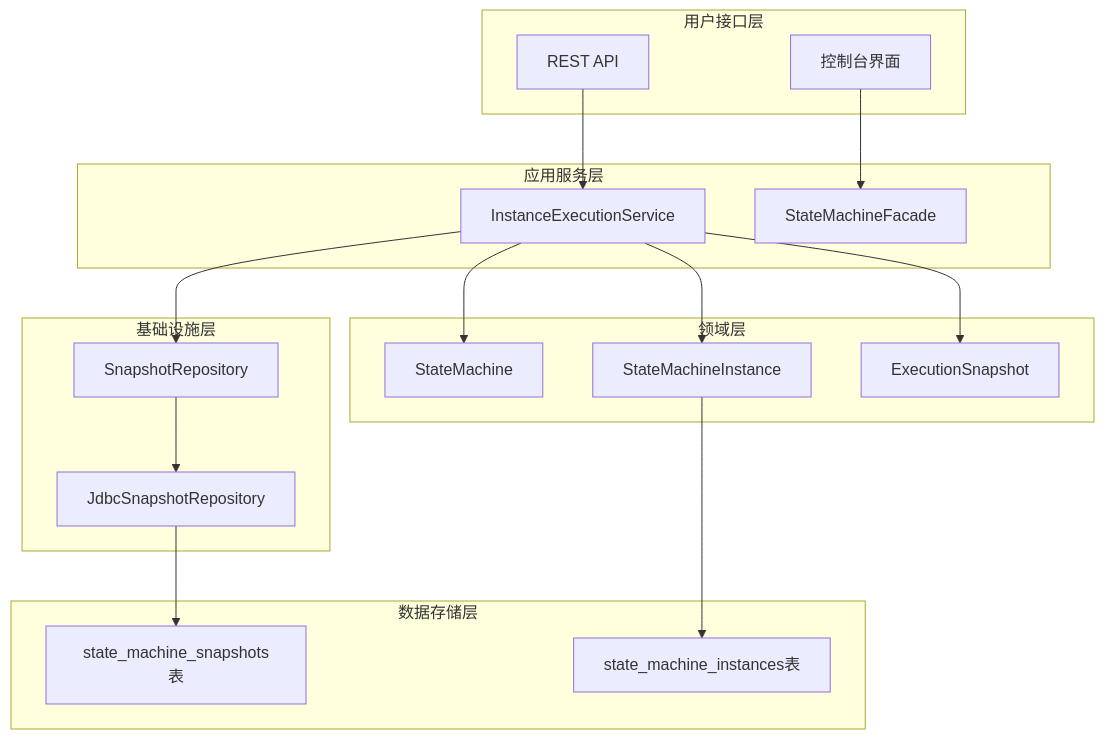
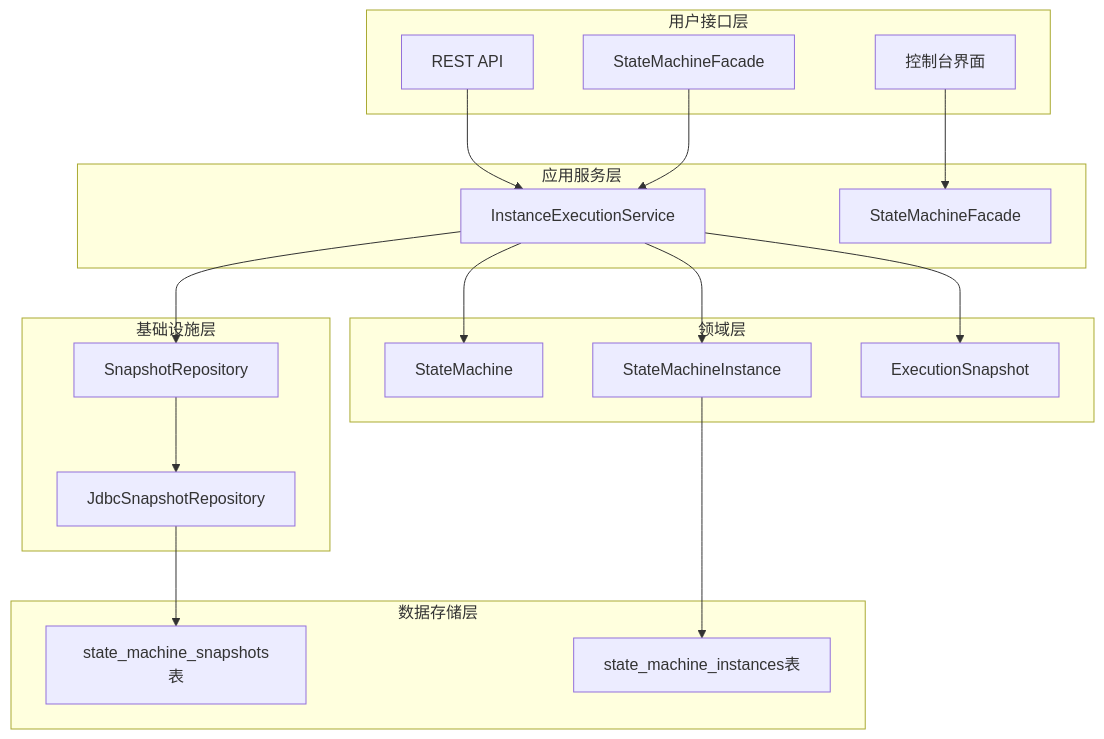
Before and after one commit to xiaoche80s-tech/state-machine-parent: the fourth of 18 diagrams in .qoder/repowiki/zh/content/快照与恢复/实例恢复机制.md, drawn with Mermaid. The commit also changed other lines of this file and 7 other files, not shown here.

````diff
--- a/.qoder/repowiki/zh/content/快照与恢复/实例恢复机制.md
+++ b/.qoder/repowiki/zh/content/快照与恢复/实例恢复机制.md
@@ -156,33 +170,35 @@
 ```mermaid
 graph TB
 subgraph "用户接口层"
 A[REST API]
 B[控制台界面]
+C[StateMachineFacade]
 end
 subgraph "应用服务层"
-C[InstanceExecutionService]
-D[StateMachineFacade]
+D[InstanceExecutionService]
+E[StateMachineFacade]
 end
 subgraph "领域层"
-E[StateMachine]
-F[StateMachineInstance]
-G[ExecutionSnapshot]
+F[StateMachine]
+G[StateMachineInstance]
+H[ExecutionSnapshot]
 end
 subgraph "基础设施层"
-H[SnapshotRepository]
-I[JdbcSnapshotRepository]
+I[SnapshotRepository]
+J[JdbcSnapshotRepository]
 end
 subgraph "数据存储层"
-J[state_machine_snapshots表]
-K[state_machine_instances表]
+K[state_machine_snapshots表]
+L[state_machine_instances表]
 end
-A --> C
-B --> D
-C --> E
-C --> F
-C --> G
-C --> H
-H --> I
+A --> D
+B --> E
+C --> D
+D --> F
+D --> G
+D --> H
+D --> I
 I --> J
-F --> K
+J --> K
+G --> L
 ```
````
